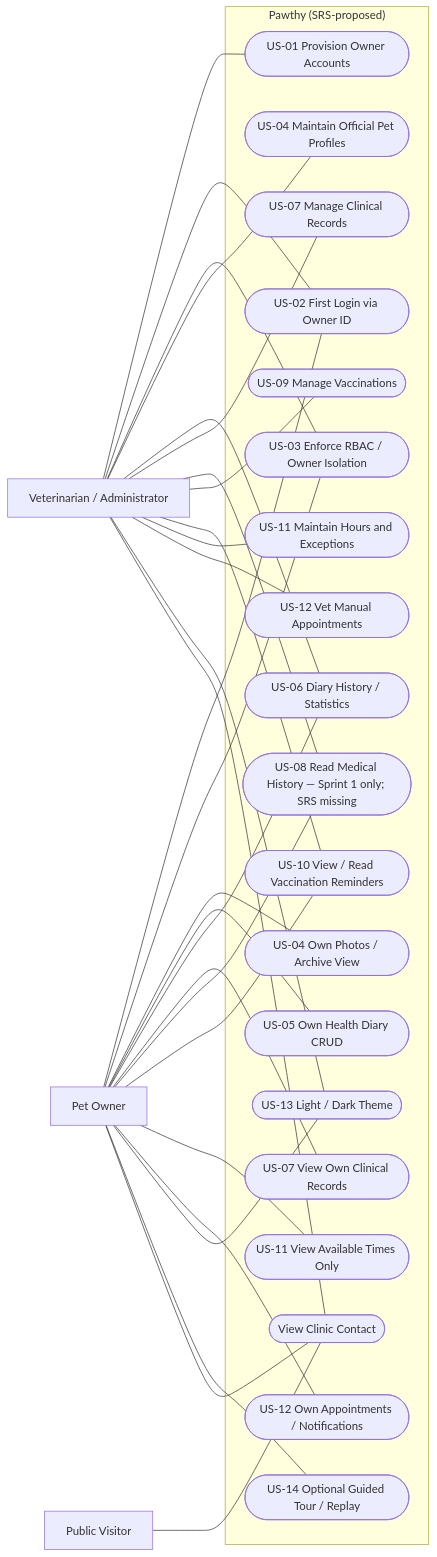
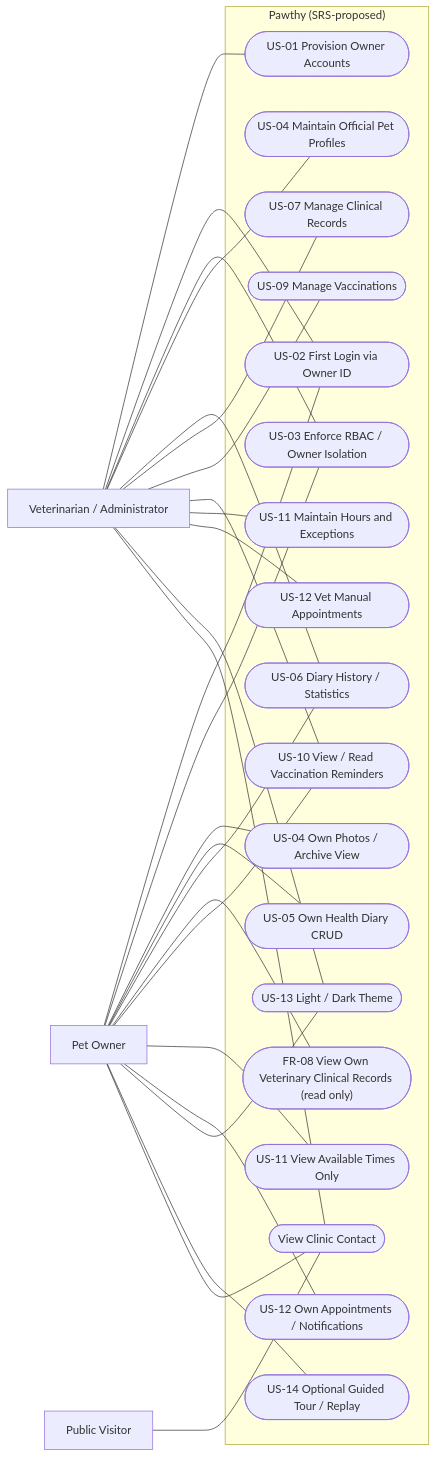
The first of 12 diagrams in docs/uml-diagrams/uml-diagrams.md (Efesen10/Pawthy), drawn with Mermaid before and after one commit. The commit also changed other lines of this file, not shown here.

Commit message:
docs(uml): model confirmed FR-08 owner clinical record access and sequence

````diff
--- a/docs/uml-diagrams/uml-diagrams.md
+++ b/docs/uml-diagrams/uml-diagrams.md
@@ -26,54 +27,51 @@
 ```mermaid
 flowchart LR
   O["Pet Owner"]
   V["Veterinarian / Administrator"]
   G["Public Visitor"]
   subgraph P["Pawthy (SRS-proposed)"]
     U01(["US-01 Provision Owner Accounts"])
     U02(["US-02 First Login via Owner ID"])
     U03(["US-03 Enforce RBAC / Owner Isolation"])
     U04V(["US-04 Maintain Official Pet Profiles"])
     U04O(["US-04 Own Photos / Archive View"])
     U05(["US-05 Own Health Diary CRUD"])
     U06(["US-06 Diary History / Statistics"])
     U07V(["US-07 Manage Clinical Records"])
-    U07O(["US-07 View Own Clinical Records"])
-    U08(["US-08 Read Medical History — Sprint 1 only; SRS missing"])
+    U08(["FR-08 View Own Veterinary Clinical Records (read only)"])
     U09(["US-09 Manage Vaccinations"])
     U10(["US-10 View / Read Vaccination Reminders"])
     U11V(["US-11 Maintain Hours and Exceptions"])
     U11O(["US-11 View Available Times Only"])
     U12V(["US-12 Vet Manual Appointments"])
     U12O(["US-12 Own Appointments / Notifications"])
     U13(["US-13 Light / Dark Theme"])
     U14(["US-14 Optional Guided Tour / Replay"])
     C(["View Clinic Contact"])
   end
   V --- U01
   O --- U02
   V --- U02
   O --- U03
   V --- U03
   V --- U04V
   O --- U04O
   O --- U05
   O --- U06
   V --- U06
   V --- U07V
-  O --- U07O
   O --- U08
-  V --- U08
   V --- U09
   O --- U10
   V --- U10
   V --- U11V
   O --- U11O
   V --- U12V
   O --- U12O
   O --- U13
   V --- U13
   O --- U14
   O --- C
   V --- C
   G --- C
 ```
````
